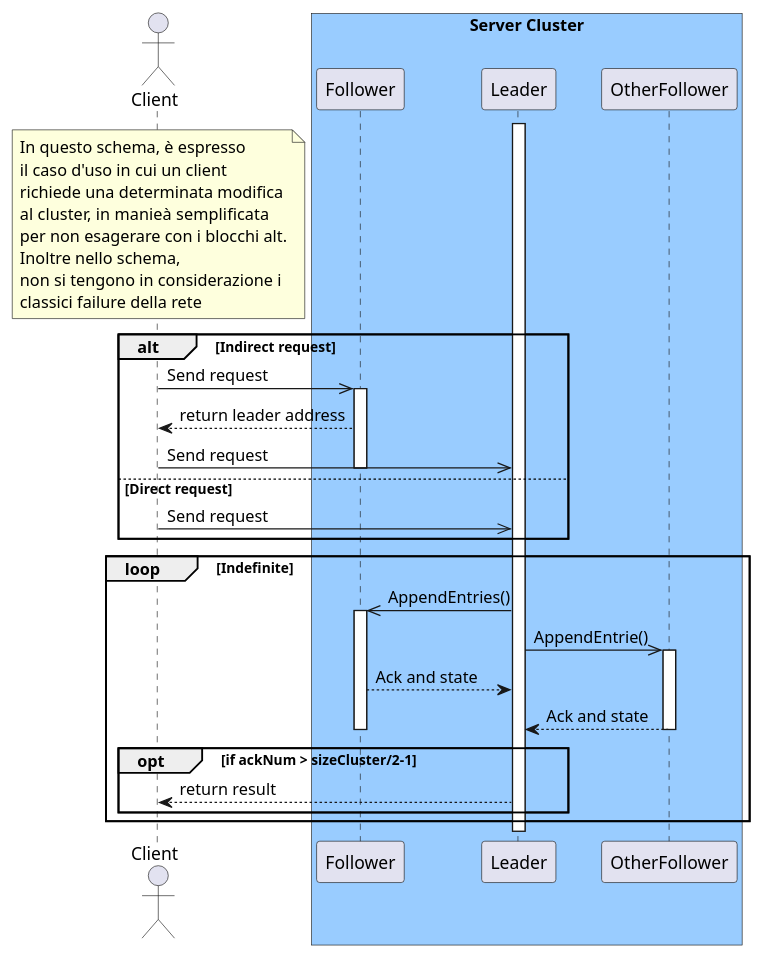
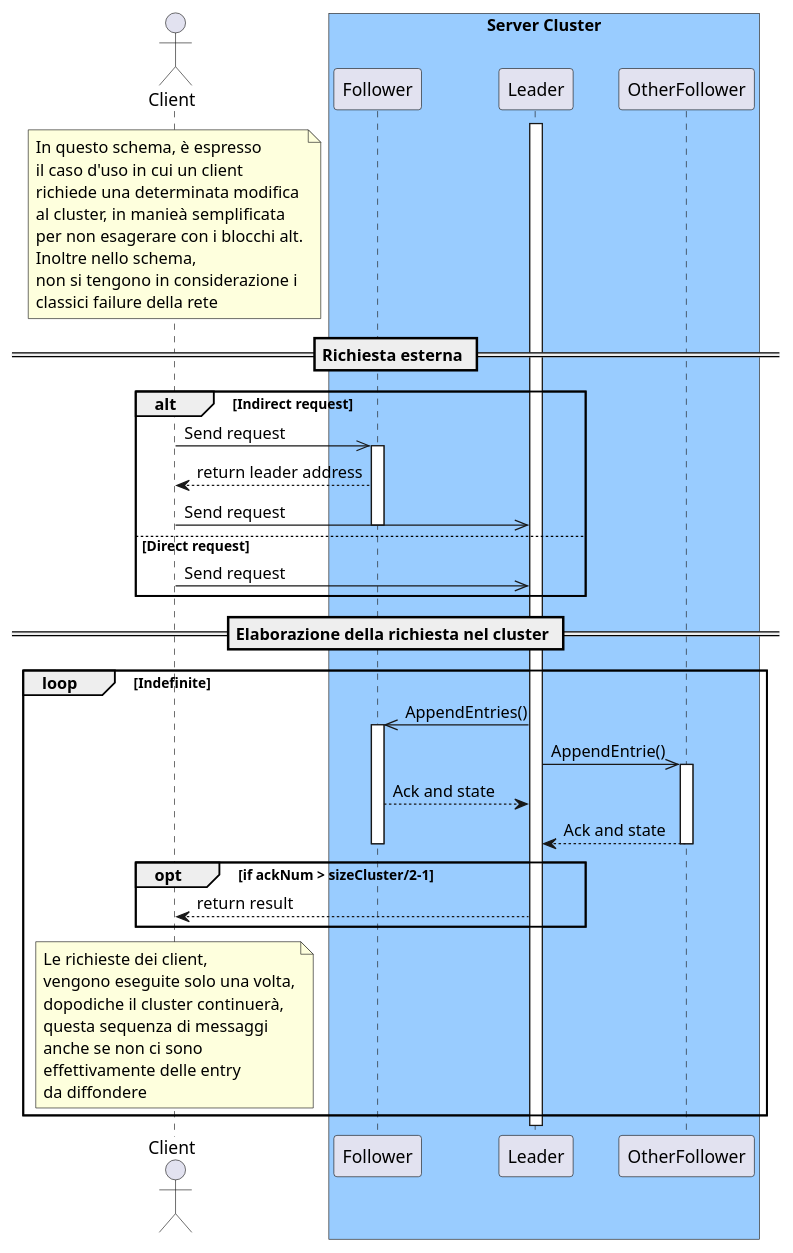
One commit to thedevstone/akka-raft changed the diagram in doc/plantuml/SeqDiagram/ClientRequest.plantuml. Above: the diagram before and after it, drawn with PlantUML. The commit also changed 1 other file, not shown here.

Commit message:
Modifica del plantuml, con aggiunta di barre divisorie e leggera modifica del commento

```diff
--- a/doc/plantuml/SeqDiagram/ClientRequest.plantuml
+++ b/doc/plantuml/SeqDiagram/ClientRequest.plantuml
@@ -1,45 +1,54 @@
 @startuml
     
   actor "Client"  
   box "Server Cluster" #99CCFF
-  participant "Follower" as Follower
-  participant "Leader" as Leader
-  participant "OtherFollower" as OtherFollower
+    participant "Follower" as Follower
+    participant "Leader" as Leader
+    participant "OtherFollower" as OtherFollower
 	end box
   activate Leader
 
   note Over Client 
     In questo schema, è espresso 
     il caso d'uso in cui un client 
     richiede una determinata modifica
     al cluster, in manieà semplificata
     per non esagerare con i blocchi alt.
     Inoltre nello schema,
     non si tengono in considerazione i
     classici failure della rete
   end note
+  == Richiesta esterna ==
   alt Indirect request
   Client ->> Follower : Send request 
   activate Follower
   Follower --> Client : return leader address
   Client ->> Leader : Send request
-
   deactivate Follower
   else Direct request
   Client ->> Leader : Send request
   end group
-
+  == Elaborazione della richiesta nel cluster ==
   loop Indefinite
     Leader ->> Follower : AppendEntries()
     activate Follower
     Leader ->> OtherFollower : AppendEntrie()
     activate OtherFollower
     Follower --> Leader : Ack and state
     OtherFollower --> Leader : Ack and state
     deactivate Follower
     deactivate OtherFollower
       opt if ackNum > sizeCluster/2-1
         Leader --> Client : return result
     end group
+    note Over Client 
+      Le richieste dei client, 
+      vengono eseguite solo una volta,
+      dopodiche il cluster continuerà,
+      questa sequenza di messaggi
+      anche se non ci sono 
+      effettivamente delle entry
+      da diffondere
+    end note
   end group
 @enduml
```
